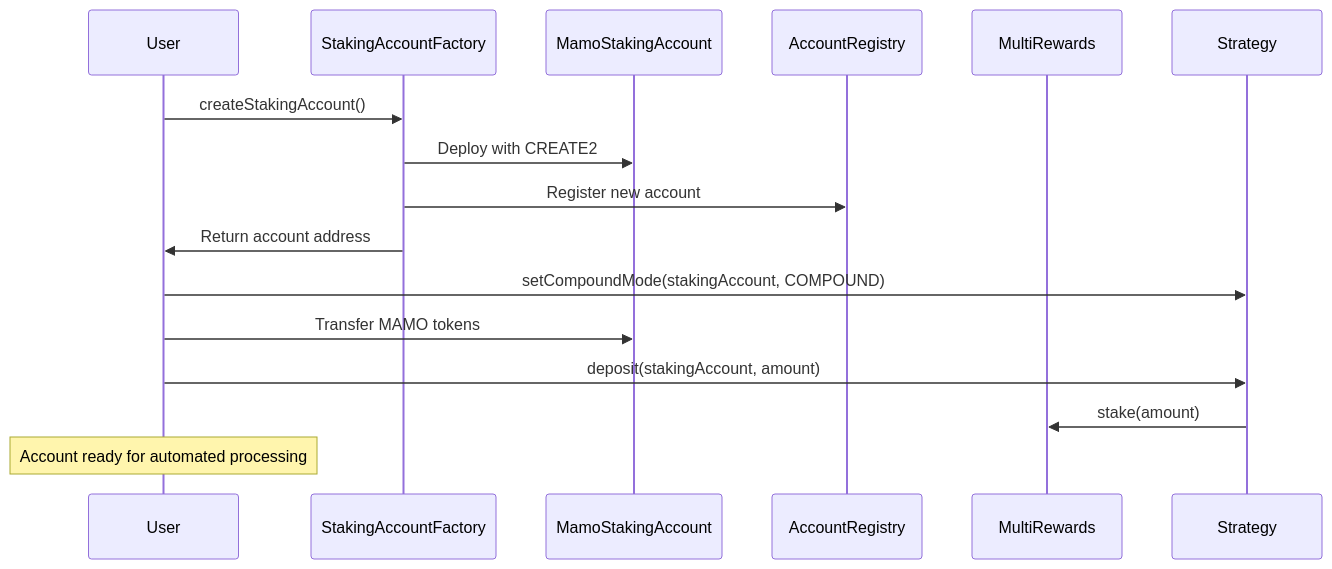
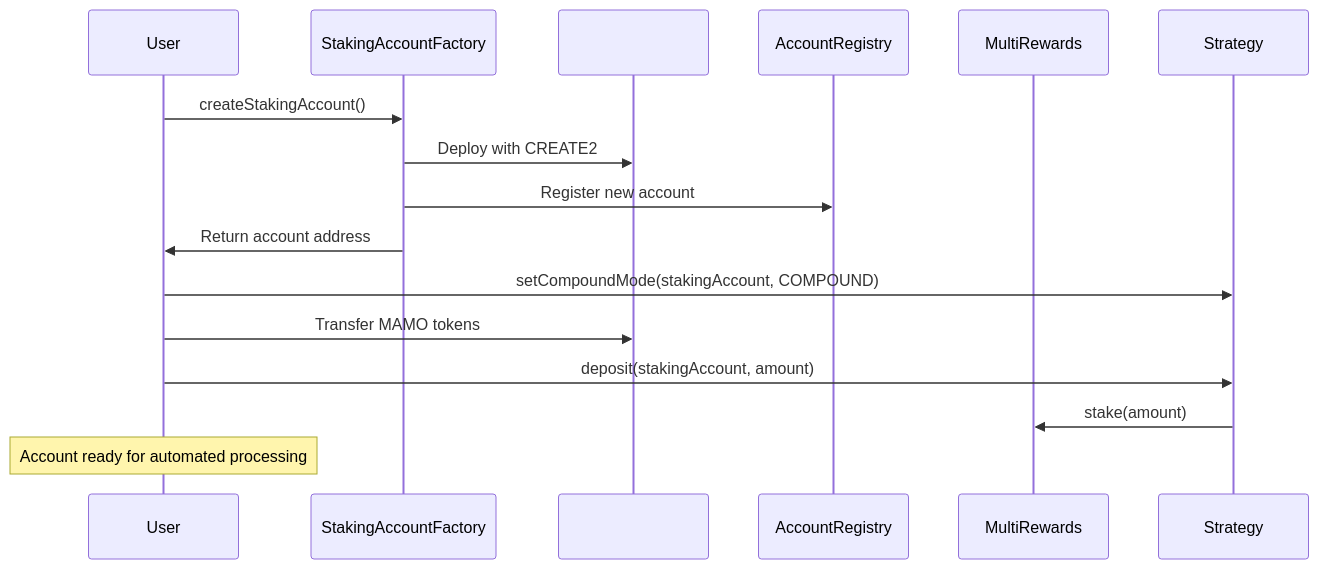
One commit to moonwell-fi/mamo-contracts changed the fourth of 5 diagrams in docs/MAMO_STAKING_ARCHITECTURE.md. Above: the diagram before and after it, drawn with Mermaid. The commit also changed other lines of this file, not shown here.

````diff
--- a/docs/MAMO_STAKING_ARCHITECTURE.md
+++ b/docs/MAMO_STAKING_ARCHITECTURE.md
@@ -599,20 +617,20 @@
 ```mermaid
 sequenceDiagram
     participant User as User
     participant Factory as StakingAccountFactory
-    participant StakingAccount as MamoStakingAccount
+    participant StakingAccount as 
     participant Registry as AccountRegistry
     participant MultiRewards as MultiRewards
 
     User->>Factory: createStakingAccount()
     Factory->>StakingAccount: Deploy with CREATE2
     Factory->>Registry: Register new account
     Factory->>User: Return account address
     
     User->>Strategy: setCompoundMode(stakingAccount, COMPOUND)
     User->>StakingAccount: Transfer MAMO tokens
     User->>Strategy: deposit(stakingAccount, amount)
     Strategy->>MultiRewards: stake(amount)
     
     Note over User: Account ready for automated processing
 ```
````
